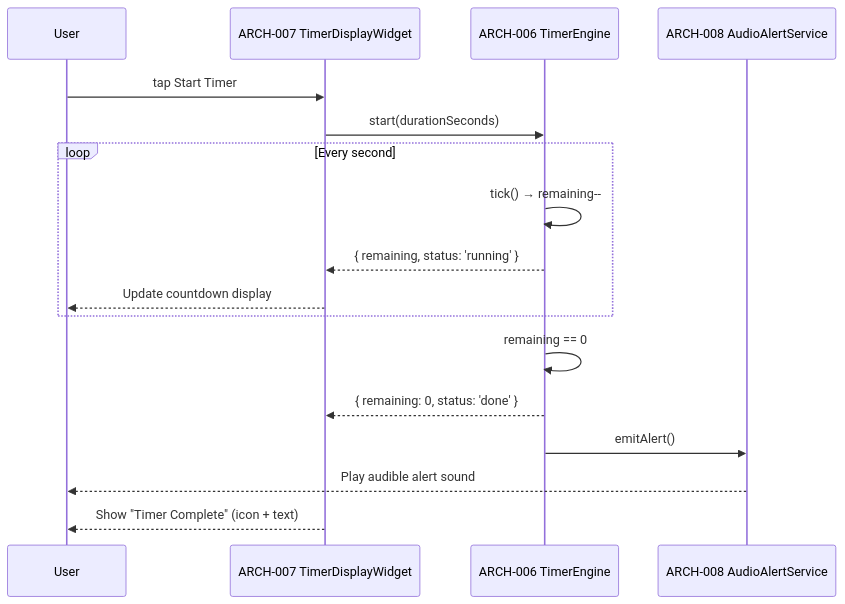
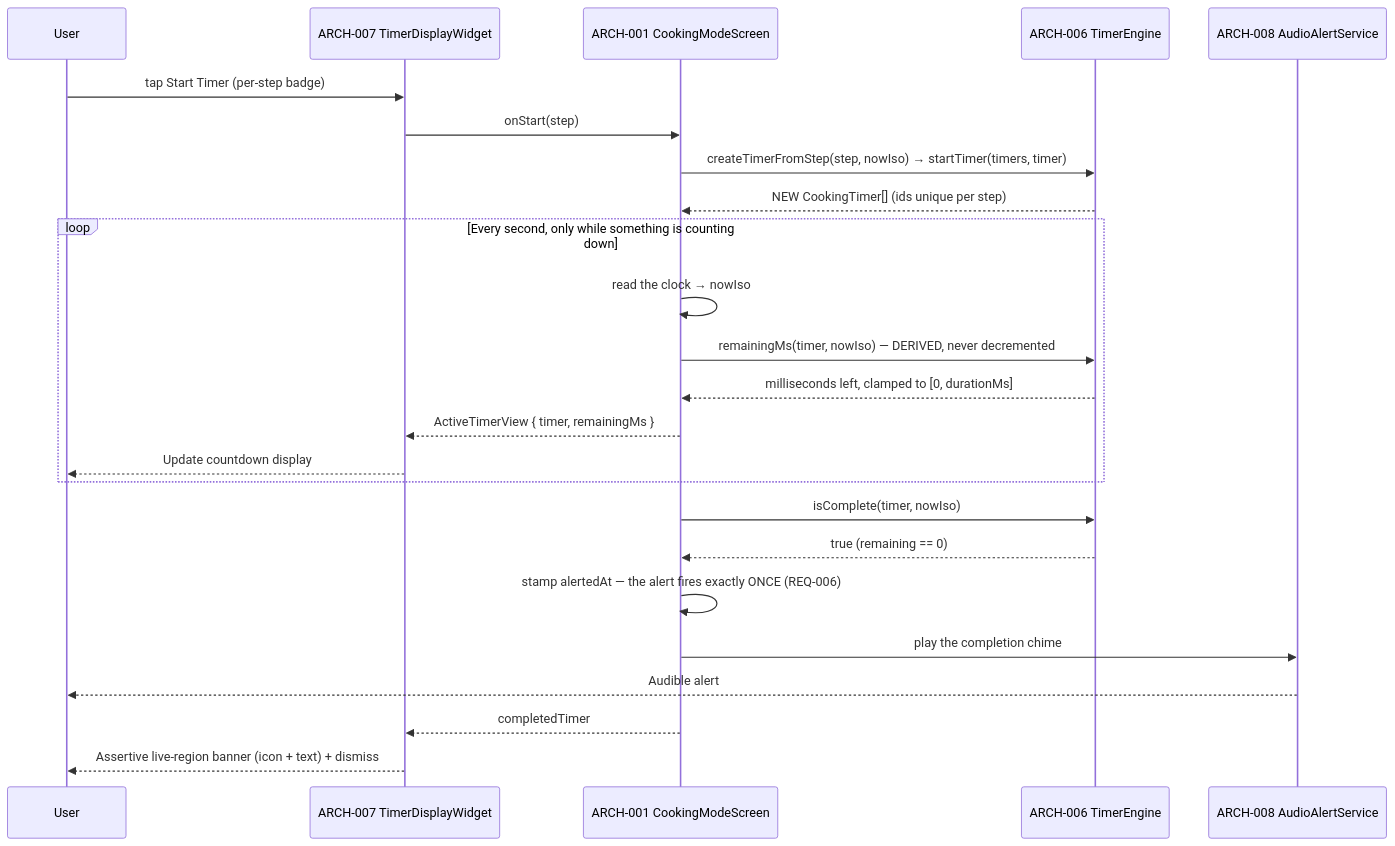
The third of 5 diagrams in specs/008-cooking-mode/v-model/architecture-design.md (radicle-co/KitchenSink), drawn with Mermaid before and after one commit. The commit also changed other lines of this file and 36 other files, not shown here.

First line of the commit message:
feat(008): mount Cooking Mode in the web and mobile apps

````diff
--- a/specs/008-cooking-mode/v-model/architecture-design.md
+++ b/specs/008-cooking-mode/v-model/architecture-design.md
@@ -99,20 +102,27 @@
 ```mermaid
 sequenceDiagram
     participant User
     participant ARCH007 as ARCH-007 TimerDisplayWidget
+    participant ARCH001 as ARCH-001 CookingModeScreen
     participant ARCH006 as ARCH-006 TimerEngine
     participant ARCH008 as ARCH-008 AudioAlertService
 
-    User->>ARCH007: tap Start Timer
-    ARCH007->>ARCH006: start(durationSeconds)
-    loop Every second
-        ARCH006->>ARCH006: tick() → remaining--
-        ARCH006-->>ARCH007: { remaining, status: 'running' }
+    User->>ARCH007: tap Start Timer (per-step badge)
+    ARCH007->>ARCH001: onStart(step)
+    ARCH001->>ARCH006: createTimerFromStep(step, nowIso) → startTimer(timers, timer)
+    ARCH006-->>ARCH001: NEW CookingTimer[] (ids unique per step)
+    loop Every second, only while something is counting down
+        ARCH001->>ARCH001: read the clock → nowIso
+        ARCH001->>ARCH006: remainingMs(timer, nowIso) — DERIVED, never decremented
+        ARCH006-->>ARCH001: milliseconds left, clamped to [0, durationMs]
+        ARCH001-->>ARCH007: ActiveTimerView { timer, remainingMs }
         ARCH007-->>User: Update countdown display
     end
-    ARCH006->>ARCH006: remaining == 0
-    ARCH006-->>ARCH007: { remaining: 0, status: 'done' }
-    ARCH006->>ARCH008: emitAlert()
-    ARCH008-->>User: Play audible alert sound
-    ARCH007-->>User: Show "Timer Complete" (icon + text)
+    ARCH001->>ARCH006: isComplete(timer, nowIso)
+    ARCH006-->>ARCH001: true (remaining == 0)
+    ARCH001->>ARCH001: stamp alertedAt — the alert fires exactly ONCE (REQ-006)
+    ARCH001->>ARCH008: play the completion chime
+    ARCH008-->>User: Audible alert
+    ARCH001-->>ARCH007: completedTimer
+    ARCH007-->>User: Assertive live-region banner (icon + text) + dismiss
 ```
````
